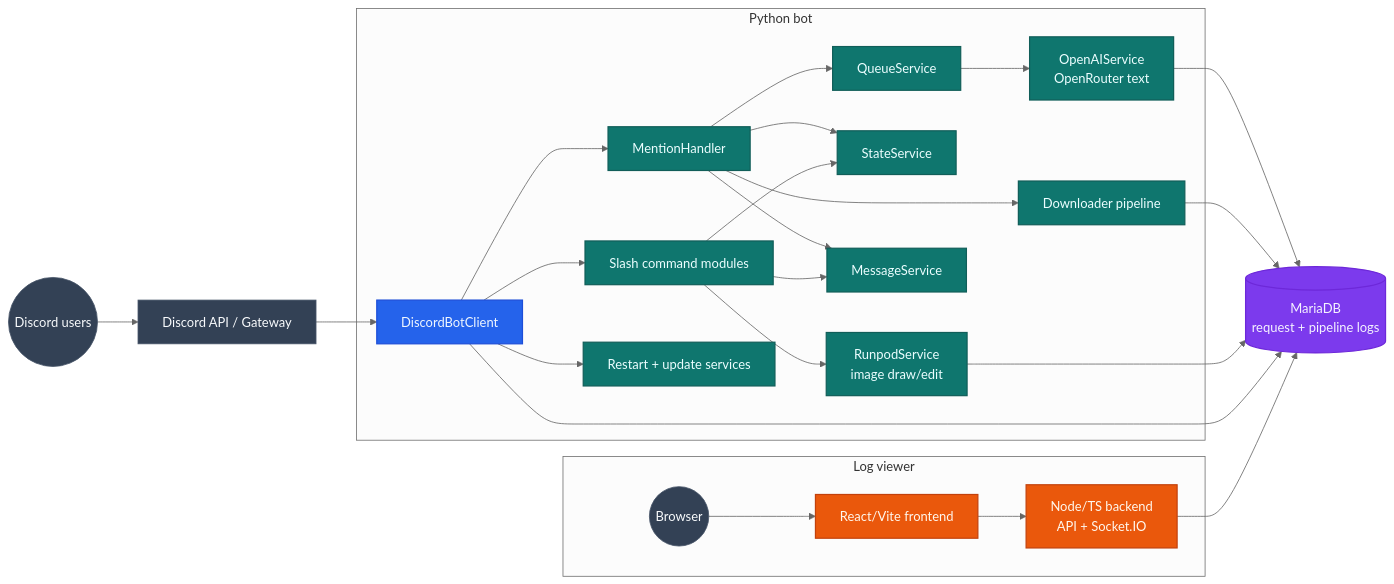
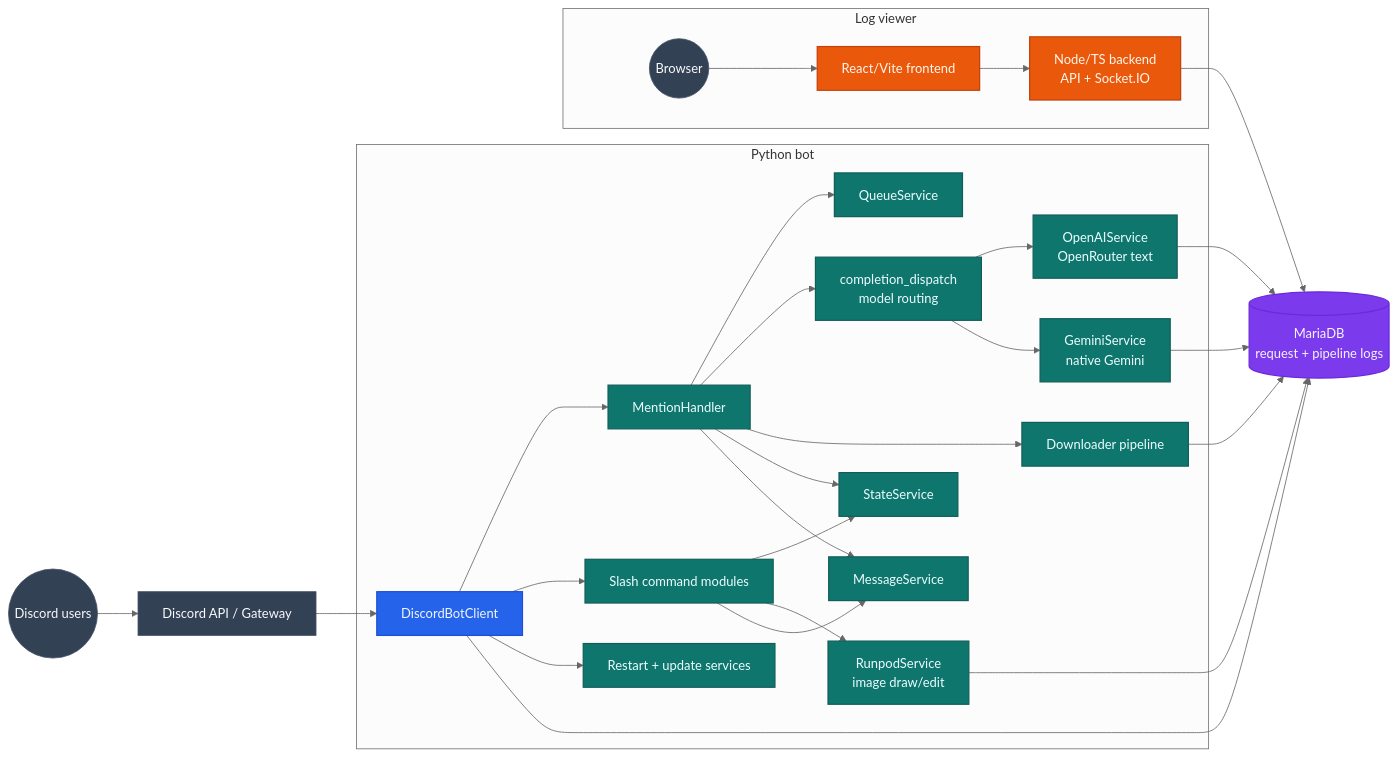
The first of 5 diagrams in docs/architecture.md (jobeus/cmwgpt), drawn with Mermaid (neutral theme) before and after one commit. The commit also changed other lines of this file and 5 other files, not shown here.

````diff
--- a/docs/architecture.md
+++ b/docs/architecture.md
@@ -29,52 +29,57 @@
 ```mermaid
 flowchart LR
     classDef edge fill:#334155,color:#f8fafc,stroke:#475569,stroke-width:1px;
     classDef bot fill:#2563eb,color:#eff6ff,stroke:#1d4ed8,stroke-width:1.5px;
     classDef service fill:#0f766e,color:#ecfeff,stroke:#115e59,stroke-width:1.5px;
     classDef data fill:#7c3aed,color:#f5f3ff,stroke:#6d28d9,stroke-width:1.5px;
     classDef viewer fill:#ea580c,color:#fff7ed,stroke:#c2410c,stroke-width:1.5px;
 
     User((Discord users)):::edge --> Discord[Discord API / Gateway]:::edge
 
     subgraph BotApp[Python bot]
         Client[DiscordBotClient]:::bot
         Mention[MentionHandler]:::service
         Commands[Slash command modules]:::service
         Queue[QueueService]:::service
         State[StateService]:::service
+        Dispatch[completion_dispatch<br/>model routing]:::service
         OpenAI[OpenAIService<br/>OpenRouter text]:::service
+        Gemini[GeminiService<br/>native Gemini]:::service
         Runpod[RunpodService<br/>image draw/edit]:::service
         Downloader[Downloader pipeline]:::service
         MsgSvc[MessageService]:::service
         Restart[Restart + update services]:::service
     end
 
     Discord --> Client
     Client --> Mention
     Client --> Commands
     Mention --> Queue
-    Queue --> OpenAI
+    Mention --> Dispatch
+    Dispatch --> OpenAI
+    Dispatch --> Gemini
     Mention --> Downloader
     Mention --> State
     Mention --> MsgSvc
     Commands --> State
     Commands --> Runpod
     Commands --> MsgSvc
     Client --> Restart
 
     DB[(MariaDB<br/>request + pipeline logs)]:::data
     OpenAI --> DB
+    Gemini --> DB
     Downloader --> DB
     Runpod --> DB
     Client --> DB
 
     subgraph Viewer[Log viewer]
         Backend[Node/TS backend<br/>API + Socket.IO]:::viewer
         Frontend[React/Vite frontend]:::viewer
         Browser((Browser)):::edge
     end
 
     Browser --> Frontend
     Frontend --> Backend
     Backend --> DB
 ```
````
